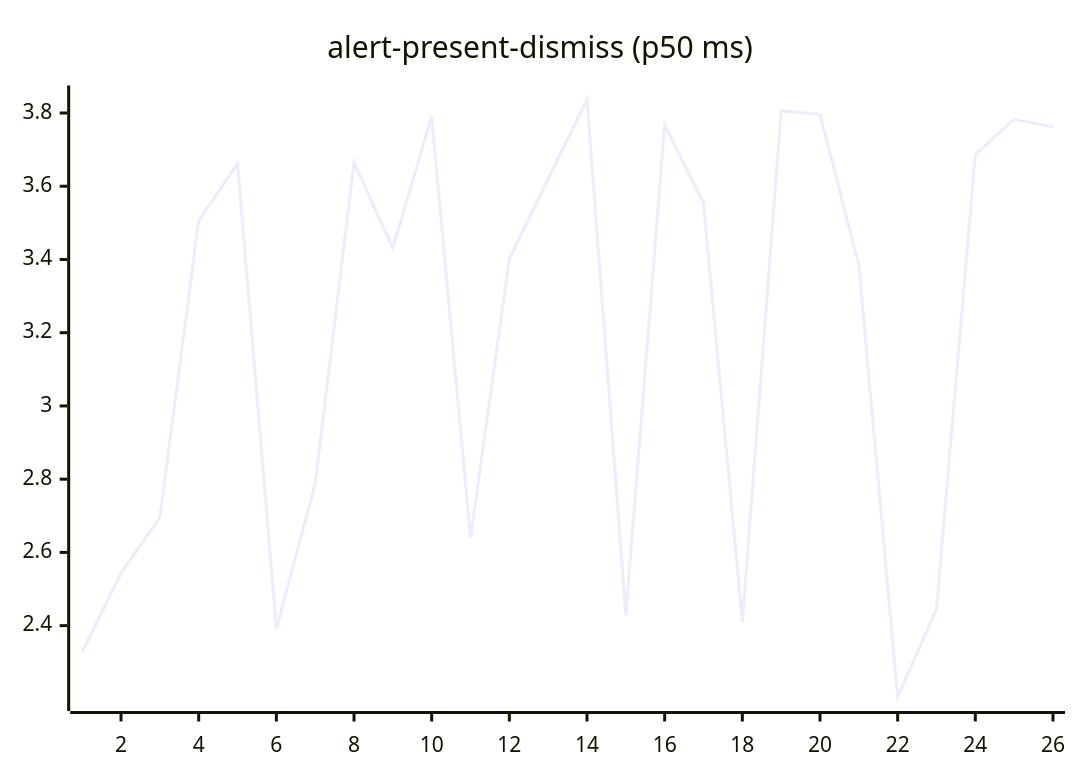
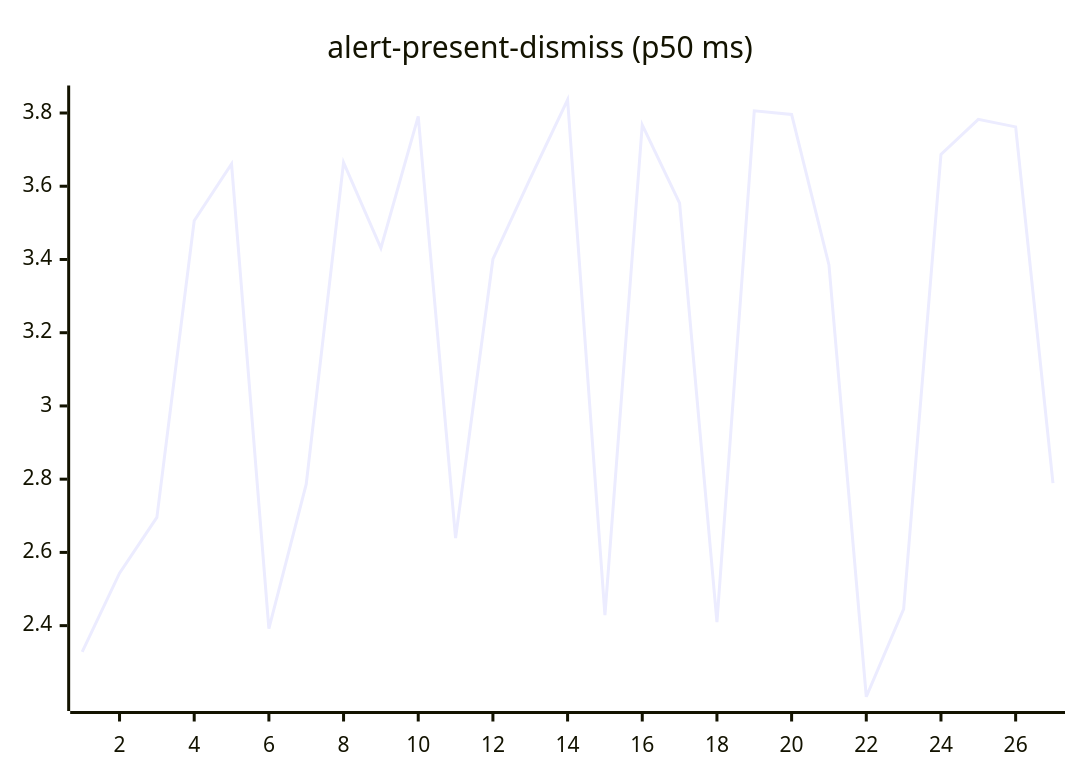
The second of 27 diagrams in README.md (josha/Facet), drawn with Mermaid before and after one commit. The commit also changed other lines of this file and 2 other files, not shown here.

````diff
--- a/README.md
+++ b/README.md
@@ -70,6 +70,6 @@
 ```mermaid
 xychart-beta
     title "alert-present-dismiss (p50 ms)"
-    x-axis 1 --> 26
-    line [2.3284, 2.5432, 2.6957, 3.5058, 3.6611, 2.3918, 2.7865, 3.6648, 3.4312, 3.7906, 2.6392, 3.4008, 3.6212, 3.8362, 2.4288, 3.7676, 3.5538, 2.4095, 3.8060, 3.7961, 3.3851, 2.2058, 2.4450, 3.6869, 3.7826, 3.7621]
+    x-axis 1 --> 27
+    line [2.3284, 2.5432, 2.6957, 3.5058, 3.6611, 2.3918, 2.7865, 3.6648, 3.4312, 3.7906, 2.6392, 3.4008, 3.6212, 3.8362, 2.4288, 3.7676, 3.5538, 2.4095, 3.8060, 3.7961, 3.3851, 2.2058, 2.4450, 3.6869, 3.7826, 3.7621, 2.7891]
 ```
````
